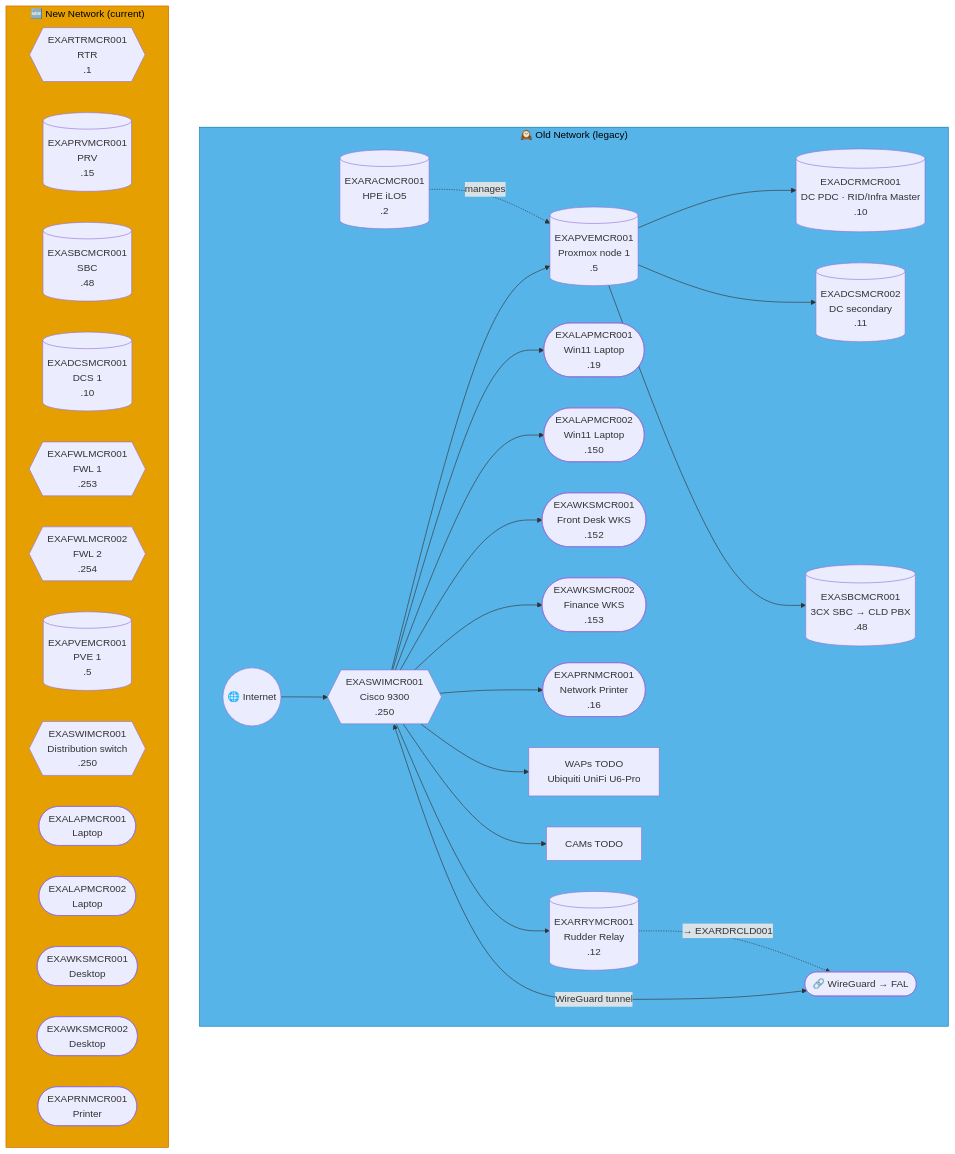
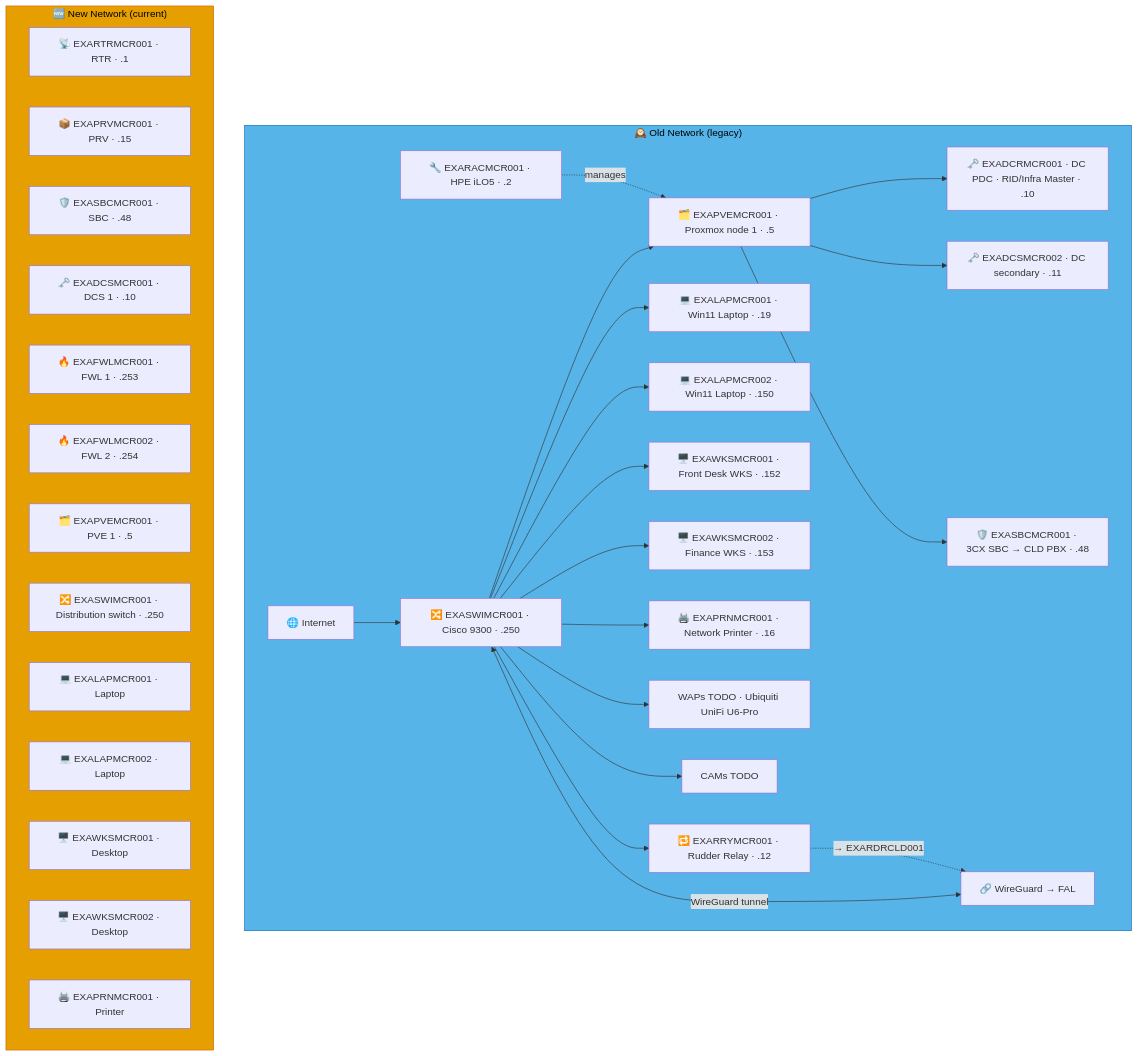
One commit to knightmare2600/example_music_infra changed diagram 11 of 51 in docs/network-diagram.md. Above: the diagram before and after it, drawn with Mermaid. The commit also changed other lines of this file and 5 other files, not shown here.

````diff
--- a/docs/network-diagram.md
+++ b/docs/network-diagram.md
@@ -845,49 +846,49 @@
 ```mermaid
 graph TD
     subgraph OLD_MCR ["🕰️ Old Network (legacy)"]
-      INET(("🌐 Internet"))
-      SW{{"EXASWIMCR001<br/>Cisco 9300<br/>.250"}}
-      RAC[("EXARACMCR001<br/>HPE iLO5<br/>.2")]
-      PVE[("EXAPVEMCR001<br/>Proxmox node 1<br/>.5")]
-      DC1[("EXADCRMCR001<br/>DC PDC · RID/Infra Master<br/>.10")]
-      DC2[("EXADCSMCR002<br/>DC secondary<br/>.11")]
-      SBC[("EXASBCMCR001<br/>3CX SBC → CLD PBX<br/>.48")]
-      RRY[("EXARRYMCR001<br/>Rudder Relay<br/>.12")]
-      LAP1(["EXALAPMCR001<br/>Win11 Laptop<br/>.19"])
-      LAP2(["EXALAPMCR002<br/>Win11 Laptop<br/>.150"])
-      WKS1(["EXAWKSMCR001<br/>Front Desk WKS<br/>.152"])
-      WKS2(["EXAWKSMCR002<br/>Finance WKS<br/>.153"])
-      PRN(["EXAPRNMCR001<br/>Network Printer<br/>.16"])
-      WAP["WAPs TODO<br/>Ubiquiti UniFi U6-Pro"]
+      INET["🌐 Internet"]
+      SW["🔀 EXASWIMCR001 · Cisco 9300 · .250"]
+      RAC["🔧 EXARACMCR001 · HPE iLO5 · .2"]
+      PVE["🗂️ EXAPVEMCR001 · Proxmox node 1 · .5"]
+      DC1["🗝️ EXADCRMCR001 · DC PDC · RID/Infra Master · .10"]
+      DC2["🗝️ EXADCSMCR002 · DC secondary · .11"]
+      SBC["🛡️ EXASBCMCR001 · 3CX SBC → CLD PBX · .48"]
+      RRY["🔁 EXARRYMCR001 · Rudder Relay · .12"]
+      LAP1["💻 EXALAPMCR001 · Win11 Laptop · .19"]
+      LAP2["💻 EXALAPMCR002 · Win11 Laptop · .150"]
+      WKS1["🖥️ EXAWKSMCR001 · Front Desk WKS · .152"]
+      WKS2["🖥️ EXAWKSMCR002 · Finance WKS · .153"]
+      PRN["🖨️ EXAPRNMCR001 · Network Printer · .16"]
+      WAP["WAPs TODO · Ubiquiti UniFi U6-Pro"]
       CAM["CAMs TODO"]
-      VPN(["🔗 WireGuard → FAL"])
+      VPN["🔗 WireGuard → FAL"]
 
       INET --> SW
       SW --> PVE --> DC1 & DC2 & SBC
       RAC -.->|"manages"| PVE
       SW --> LAP1 & LAP2 & WKS1 & WKS2 & PRN & WAP & CAM
       SW <-->|"WireGuard tunnel"| VPN
 
       SW --> RRY
       RRY -. "→ EXARDRCLD001" .-> VPN
     end
     style OLD_MCR fill:#56B4E9,stroke:#0072B2,color:#000000
     %% GENERATED:NEW-NETWORK:MCR:START
     subgraph NEW_MCR ["🆕 New Network (current)"]
-      N_RTR{{"EXARTRMCR001<br/>RTR<br/>.1"}}
-      N_PRV[("EXAPRVMCR001<br/>PRV<br/>.15")]
-      N_SBC[("EXASBCMCR001<br/>SBC<br/>.48")]
-      N_DCS[("EXADCSMCR001<br/>DCS 1<br/>.10")]
-      N_FWL{{"EXAFWLMCR001<br/>FWL 1<br/>.253"}}
-      N_FWL2{{"EXAFWLMCR002<br/>FWL 2<br/>.254"}}
-      N_PVE[("EXAPVEMCR001<br/>PVE 1<br/>.5")]
-      N_SWI{{"EXASWIMCR001<br/>Distribution switch<br/>.250"}}
-      N_LAP(["EXALAPMCR001<br/>Laptop"])
-      N_LAP2(["EXALAPMCR002<br/>Laptop"])
-      N_WKS(["EXAWKSMCR001<br/>Desktop"])
-      N_WKS2(["EXAWKSMCR002<br/>Desktop"])
-      N_PRN(["EXAPRNMCR001<br/>Printer"])
+      N_RTR["📡 EXARTRMCR001 · RTR · .1"]
+      N_PRV["📦 EXAPRVMCR001 · PRV · .15"]
+      N_SBC["🛡️ EXASBCMCR001 · SBC · .48"]
+      N_DCS["🗝️ EXADCSMCR001 · DCS 1 · .10"]
+      N_FWL["🔥 EXAFWLMCR001 · FWL 1 · .253"]
+      N_FWL2["🔥 EXAFWLMCR002 · FWL 2 · .254"]
+      N_PVE["🗂️ EXAPVEMCR001 · PVE 1 · .5"]
+      N_SWI["🔀 EXASWIMCR001 · Distribution switch · .250"]
+      N_LAP["💻 EXALAPMCR001 · Laptop"]
+      N_LAP2["💻 EXALAPMCR002 · Laptop"]
+      N_WKS["🖥️ EXAWKSMCR001 · Desktop"]
+      N_WKS2["🖥️ EXAWKSMCR002 · Desktop"]
+      N_PRN["🖨️ EXAPRNMCR001 · Printer"]
     end
     style NEW_MCR fill:#E69F00,stroke:#D55E00,color:#000000
     %% GENERATED:NEW-NETWORK:MCR:END
 ```
````
